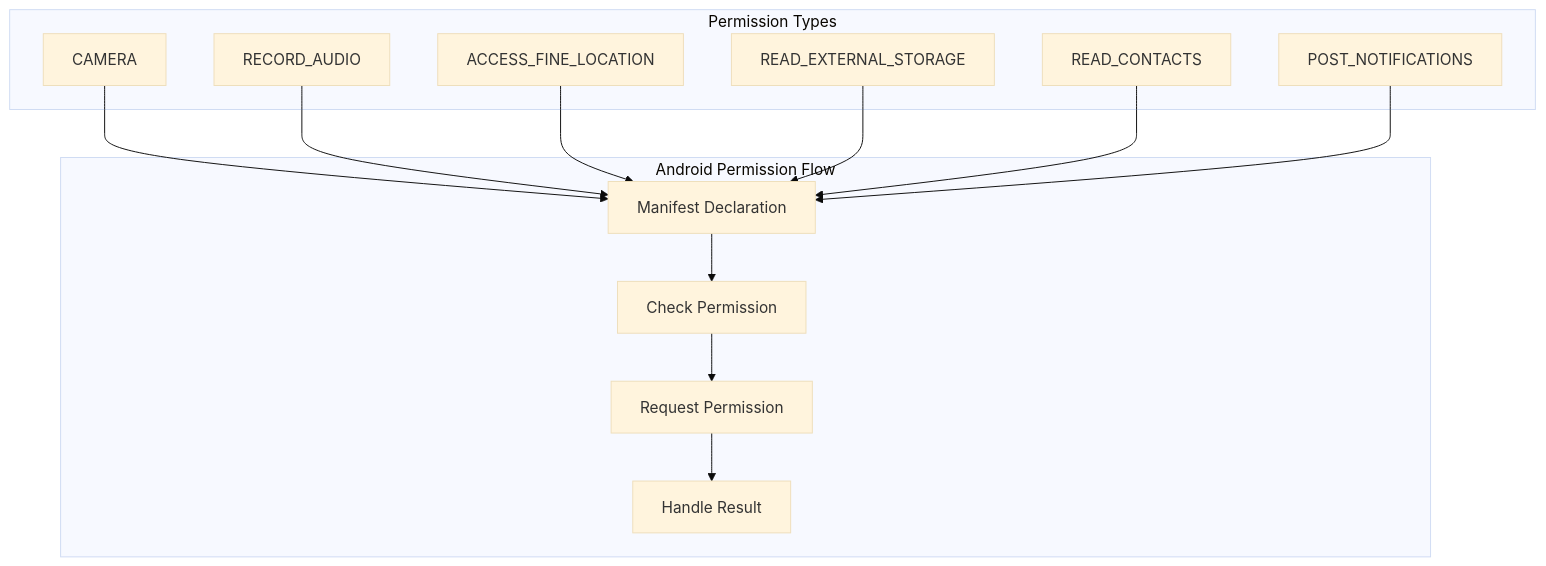
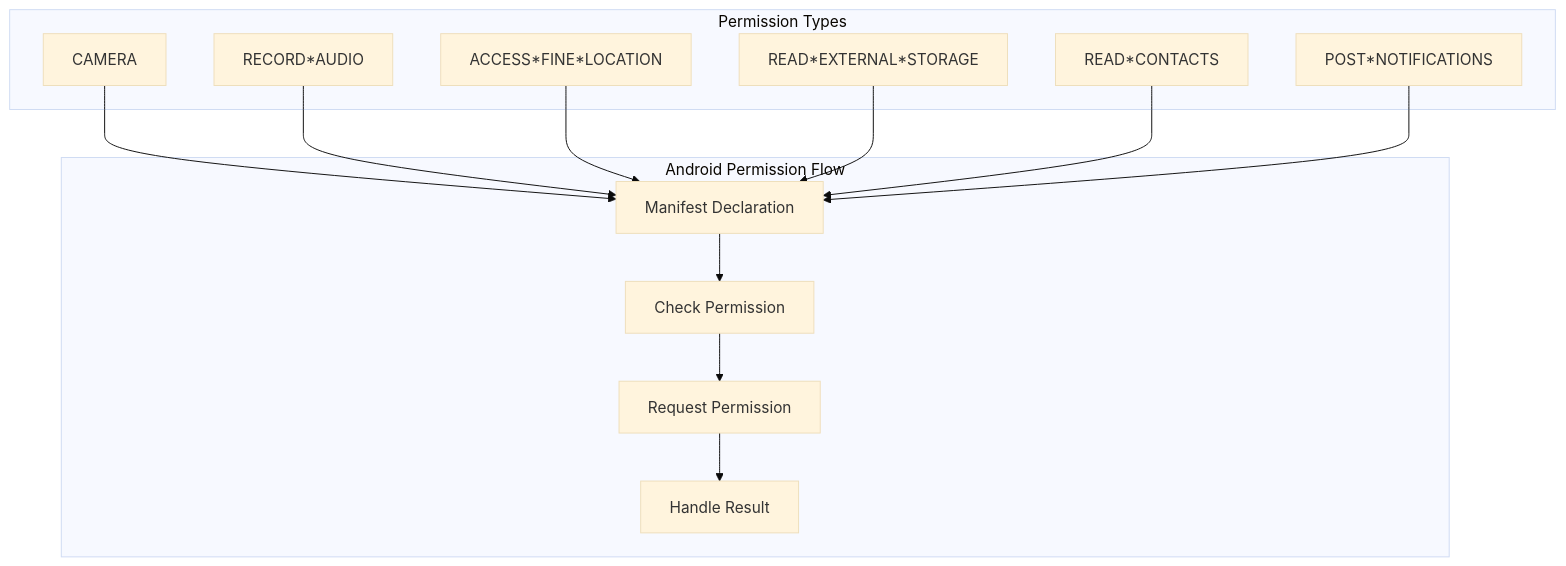
The ninth of 15 diagrams in docs/architecture/mobile.md (home-lang/craft), drawn with Mermaid (base theme) before and after one commit. The commit also changed other lines of this file and 46 other files, not shown here.

````diff
--- a/docs/architecture/mobile.md
+++ b/docs/architecture/mobile.md
@@ -209,29 +209,29 @@
 ```mermaid
 graph TB
     subgraph "Android Permission Flow"
         MAN[Manifest Declaration]
         CHK[Check Permission]
         REQ[Request Permission]
         RES[Handle Result]
     end
 
     subgraph "Permission Types"
         CAM[CAMERA]
-        MIC[RECORD_AUDIO]
-        LOC[ACCESS_FINE_LOCATION]
-        STO[READ_EXTERNAL_STORAGE]
-        CON[READ_CONTACTS]
-        NOT[POST_NOTIFICATIONS]
+        MIC[RECORD*AUDIO]
+        LOC[ACCESS*FINE*LOCATION]
+        STO[READ*EXTERNAL*STORAGE]
+        CON[READ*CONTACTS]
+        NOT[POST*NOTIFICATIONS]
     end
 
     MAN --> CHK
     CHK --> REQ
     REQ --> RES
 
     CAM --> MAN
     MIC --> MAN
     LOC --> MAN
     STO --> MAN
     CON --> MAN
     NOT --> MAN
 ```
````
